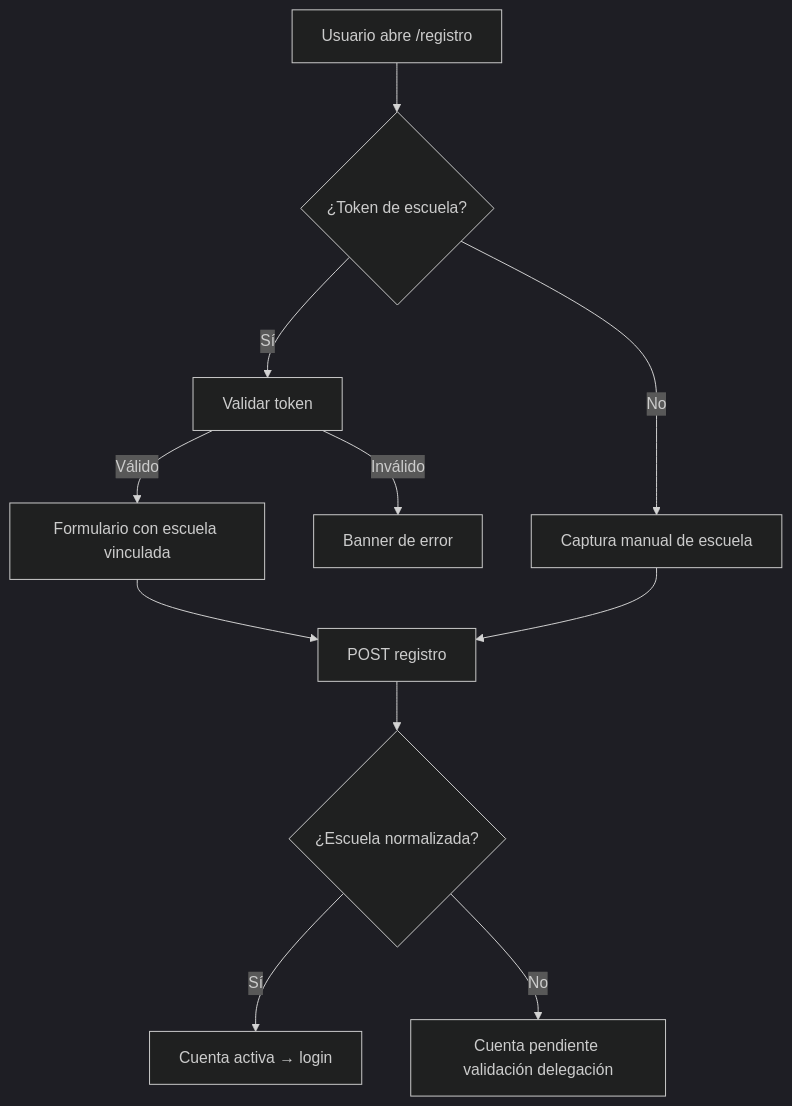
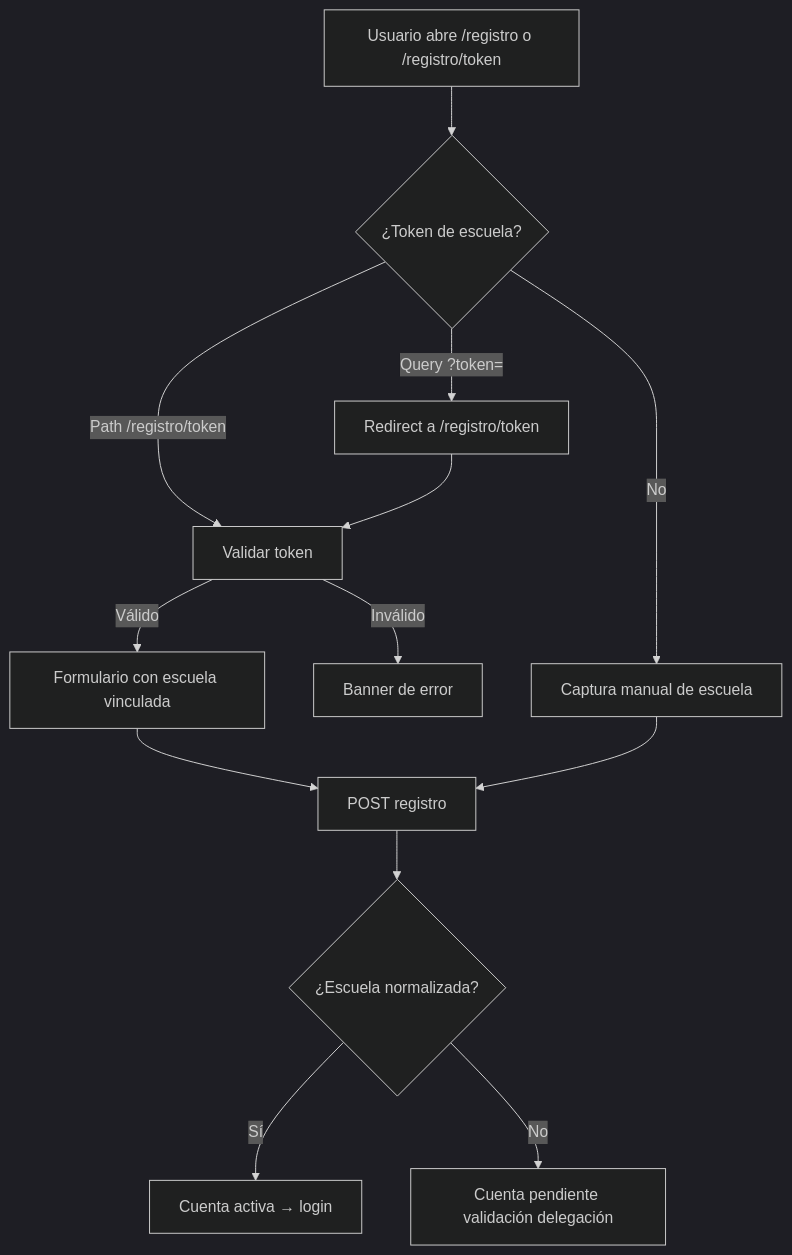
The fourth of 9 diagrams in docs/FLUJOS.md (mariasan001/front-servicio-social), drawn with Mermaid (dark theme) before and after one commit. The commit also changed other lines of this file and 8 other files, not shown here.

````diff
--- a/docs/FLUJOS.md
+++ b/docs/FLUJOS.md
@@ -112,13 +112,15 @@
 ```mermaid
 flowchart TD
-  A[Usuario abre /registro] --> B{¿Token de escuela?}
-  B -->|Sí| C[Validar token]
+  A[Usuario abre /registro o /registro/token] --> B{¿Token de escuela?}
+  B -->|Path /registro/token| C[Validar token]
+  B -->|Query ?token=| R[Redirect a /registro/token]
+  R --> C
   C -->|Válido| D[Formulario con escuela vinculada]
   C -->|Inválido| E[Banner de error]
   B -->|No| F[Captura manual de escuela]
   D --> G[POST registro]
   F --> G
   G --> H{¿Escuela normalizada?}
   H -->|Sí| I[Cuenta activa → login]
   H -->|No| J[Cuenta pendiente validación delegación]
 ```
````
